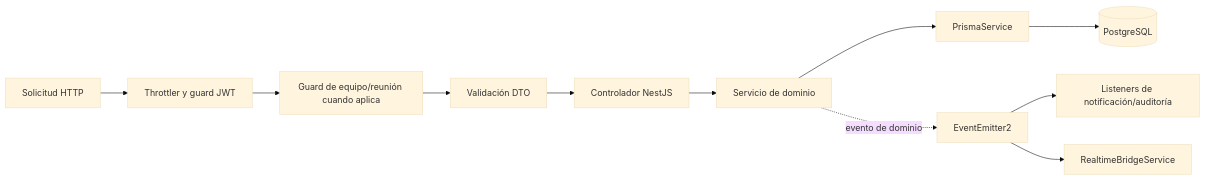
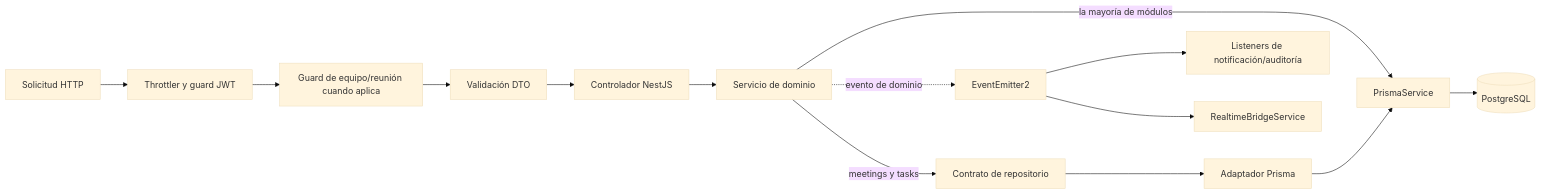
One commit to Walthergl66/meeting-management-system changed the diagram in docs/architecture.md. Above: the diagram before and after it, drawn with Mermaid (base theme). The commit also changed other lines of this file and 1 other file, not shown here.

Commit message:
docs: documentar repositorio del dominio de tareas

````diff
--- a/docs/architecture.md
+++ b/docs/architecture.md
@@ -25,13 +25,16 @@
 ```mermaid
 flowchart LR
   HTTP[Solicitud HTTP] --> G[Throttler y guard JWT]
   G --> AG[Guard de equipo/reunión cuando aplica]
   AG --> V[Validación DTO]
   V --> C[Controlador NestJS]
   C --> S[Servicio de dominio]
-  S --> P[PrismaService]
+  S -->|la mayoría de módulos| P[PrismaService]
+  S -->|meetings y tasks| R[Contrato de repositorio]
+  R --> A[Adaptador Prisma]
+  A --> P
   P --> DB[(PostgreSQL)]
   S -. evento de dominio .-> E[EventEmitter2]
   E --> L[Listeners de notificación/auditoría]
   E --> RT[RealtimeBridgeService]
 ```
````
